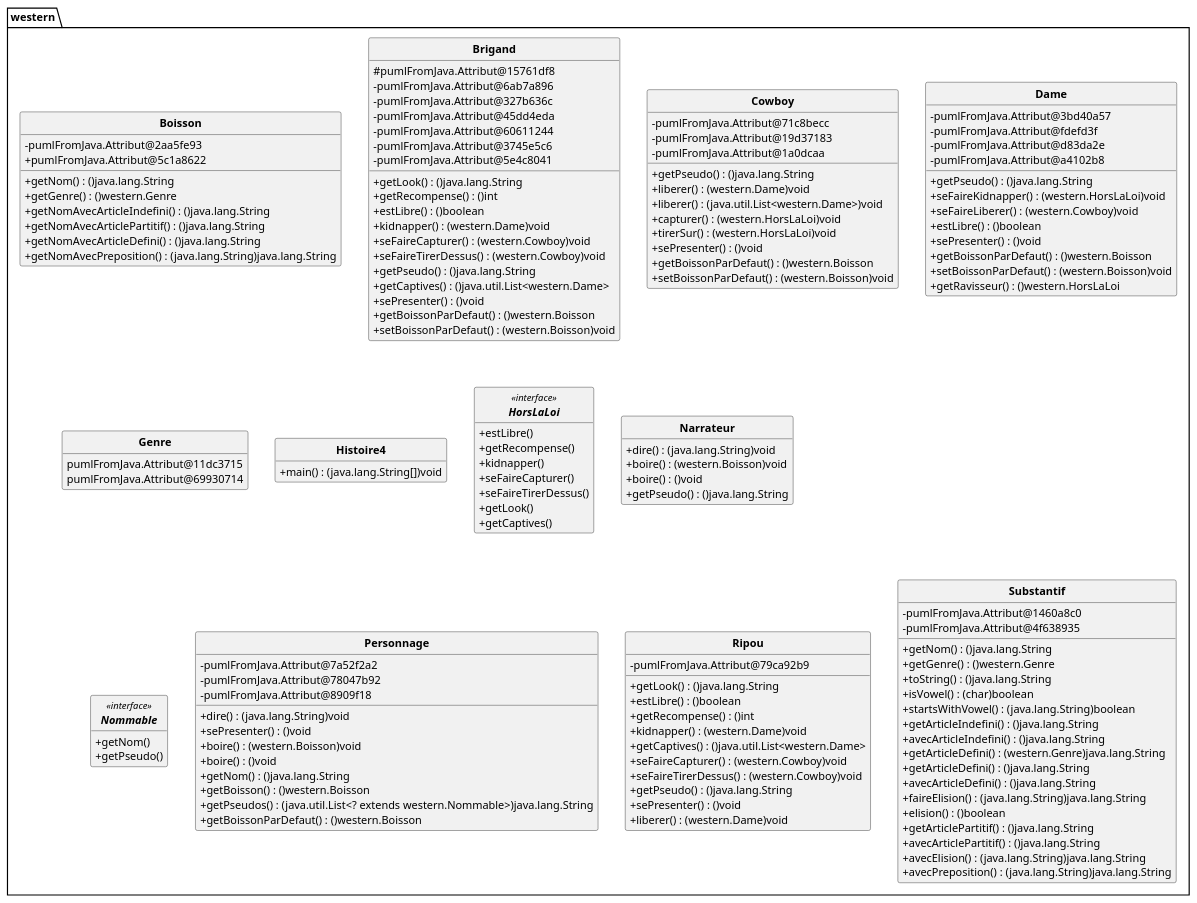
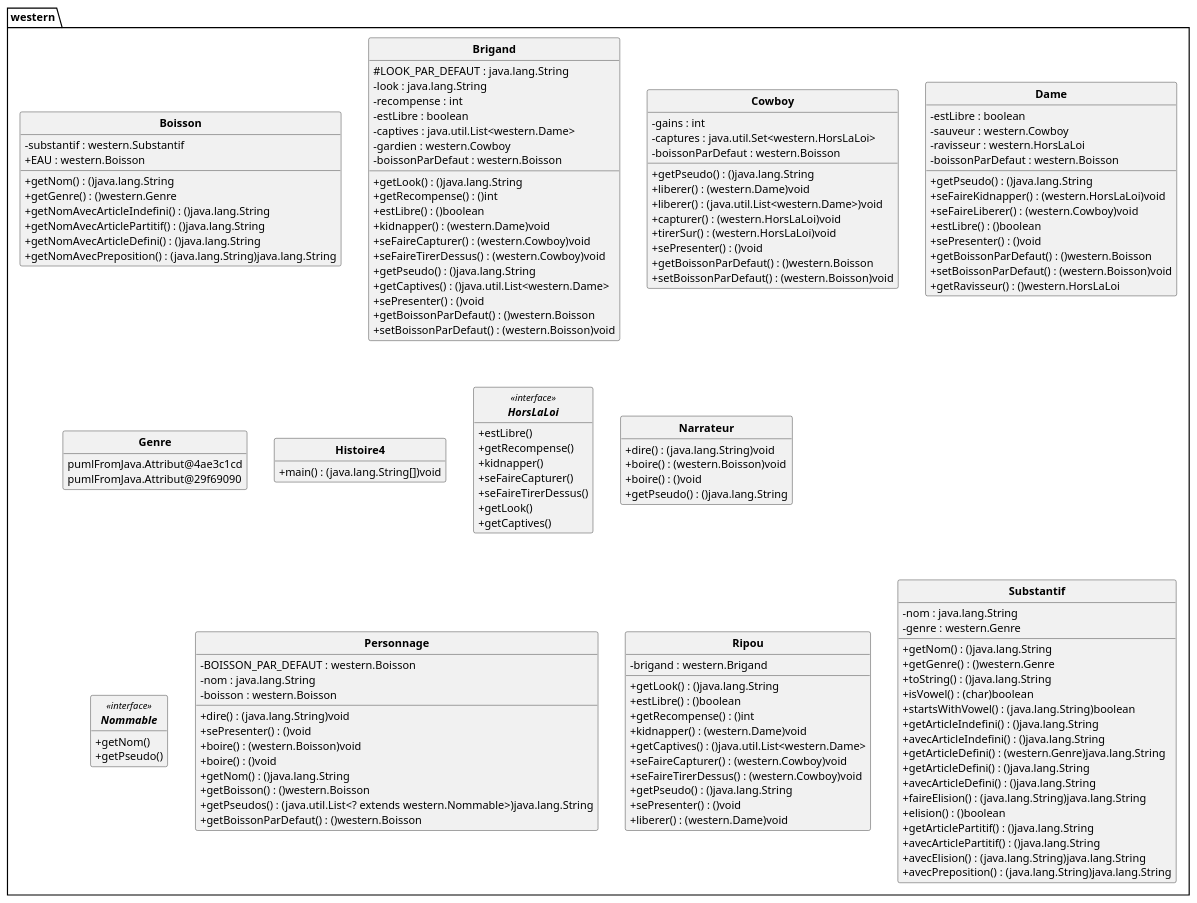
Before and after one commit to DimToups/Java-to-PUML-converter: the diagram in out/production/p21_projet/pumlFromJava/westernClass.puml, drawn with PlantUML. The commit also changed 3 other files, not shown here.

```diff
--- a/out/production/p21_projet/pumlFromJava/westernClass.puml
+++ b/out/production/p21_projet/pumlFromJava/westernClass.puml
@@ -1,153 +1,153 @@
 @startuml
 'https://plantuml.com/class-diagram
 skinparam style strictuml
 skinparam classAttributeIconSize 0
 skinparam classFontStyle Bold
 
 hide empty members
 
 package western{
 class Boisson{
-- pumlFromJava.Attribut@2aa5fe93
-+ pumlFromJava.Attribut@5c1a8622
+- substantif : western.Substantif
++ EAU : western.Boisson
 + getNom() : ()java.lang.String
 + getGenre() : ()western.Genre
 + getNomAvecArticleIndefini() : ()java.lang.String
 + getNomAvecArticlePartitif() : ()java.lang.String
 + getNomAvecArticleDefini() : ()java.lang.String
 + getNomAvecPreposition() : (java.lang.String)java.lang.String
 }
 
 class Brigand{
-# pumlFromJava.Attribut@15761df8
-- pumlFromJava.Attribut@6ab7a896
-- pumlFromJava.Attribut@327b636c
-- pumlFromJava.Attribut@45dd4eda
-- pumlFromJava.Attribut@60611244
-- pumlFromJava.Attribut@3745e5c6
-- pumlFromJava.Attribut@5e4c8041
+# LOOK_PAR_DEFAUT : java.lang.String
+- look : java.lang.String
+- recompense : int
+- estLibre : boolean
+- captives : java.util.List<western.Dame>
+- gardien : western.Cowboy
+- boissonParDefaut : western.Boisson
 + getLook() : ()java.lang.String
 + getRecompense() : ()int
 + estLibre() : ()boolean
 + kidnapper() : (western.Dame)void
 + seFaireCapturer() : (western.Cowboy)void
 + seFaireTirerDessus() : (western.Cowboy)void
 + getPseudo() : ()java.lang.String
 + getCaptives() : ()java.util.List<western.Dame>
 + sePresenter() : ()void
 + getBoissonParDefaut() : ()western.Boisson
 + setBoissonParDefaut() : (western.Boisson)void
 }
 
 class Cowboy{
-- pumlFromJava.Attribut@71c8becc
-- pumlFromJava.Attribut@19d37183
-- pumlFromJava.Attribut@1a0dcaa
+- gains : int
+- captures : java.util.Set<western.HorsLaLoi>
+- boissonParDefaut : western.Boisson
 + getPseudo() : ()java.lang.String
 + liberer() : (western.Dame)void
 + liberer() : (java.util.List<western.Dame>)void
 + capturer() : (western.HorsLaLoi)void
 + tirerSur() : (western.HorsLaLoi)void
 + sePresenter() : ()void
 + getBoissonParDefaut() : ()western.Boisson
 + setBoissonParDefaut() : (western.Boisson)void
 }
 
 class Dame{
-- pumlFromJava.Attribut@3bd40a57
-- pumlFromJava.Attribut@fdefd3f
-- pumlFromJava.Attribut@d83da2e
-- pumlFromJava.Attribut@a4102b8
+- estLibre : boolean
+- sauveur : western.Cowboy
+- ravisseur : western.HorsLaLoi
+- boissonParDefaut : western.Boisson
 + getPseudo() : ()java.lang.String
 + seFaireKidnapper() : (western.HorsLaLoi)void
 + seFaireLiberer() : (western.Cowboy)void
 + estLibre() : ()boolean
 + sePresenter() : ()void
 + getBoissonParDefaut() : ()western.Boisson
 + setBoissonParDefaut() : (western.Boisson)void
 + getRavisseur() : ()western.HorsLaLoi
 }
 
 class Genre{
-pumlFromJava.Attribut@11dc3715
-pumlFromJava.Attribut@69930714
+pumlFromJava.Attribut@4ae3c1cd
+pumlFromJava.Attribut@29f69090
 }
 
 class Histoire4{
 + main() : (java.lang.String[])void
 }
 
 interface HorsLaLoi<<interface>>{
 + estLibre()
 + getRecompense()
 + kidnapper()
 + seFaireCapturer()
 + seFaireTirerDessus()
 + getLook()
 + getCaptives()
 }
 
 class Narrateur{
 + dire() : (java.lang.String)void
 + boire() : (western.Boisson)void
 + boire() : ()void
 + getPseudo() : ()java.lang.String
 }
 
 interface Nommable<<interface>>{
 + getNom()
 + getPseudo()
 }
 
 class Personnage{
-- pumlFromJava.Attribut@7a52f2a2
-- pumlFromJava.Attribut@78047b92
-- pumlFromJava.Attribut@8909f18
+- BOISSON_PAR_DEFAUT : western.Boisson
+- nom : java.lang.String
+- boisson : western.Boisson
 + dire() : (java.lang.String)void
 + sePresenter() : ()void
 + boire() : (western.Boisson)void
 + boire() : ()void
 + getNom() : ()java.lang.String
 + getBoisson() : ()western.Boisson
 + getPseudos() : (java.util.List<? extends western.Nommable>)java.lang.String
 + getBoissonParDefaut() : ()western.Boisson
 }
 
 class Ripou{
-- pumlFromJava.Attribut@79ca92b9
+- brigand : western.Brigand
 + getLook() : ()java.lang.String
 + estLibre() : ()boolean
 + getRecompense() : ()int
 + kidnapper() : (western.Dame)void
 + getCaptives() : ()java.util.List<western.Dame>
 + seFaireCapturer() : (western.Cowboy)void
 + seFaireTirerDessus() : (western.Cowboy)void
 + getPseudo() : ()java.lang.String
 + sePresenter() : ()void
 + liberer() : (western.Dame)void
 }
 
 class Substantif{
-- pumlFromJava.Attribut@1460a8c0
-- pumlFromJava.Attribut@4f638935
+- nom : java.lang.String
+- genre : western.Genre
 + getNom() : ()java.lang.String
 + getGenre() : ()western.Genre
 + toString() : ()java.lang.String
 + isVowel() : (char)boolean
 + startsWithVowel() : (java.lang.String)boolean
 + getArticleIndefini() : ()java.lang.String
 + avecArticleIndefini() : ()java.lang.String
 + getArticleDefini() : (western.Genre)java.lang.String
 + getArticleDefini() : ()java.lang.String
 + avecArticleDefini() : ()java.lang.String
 + faireElision() : (java.lang.String)java.lang.String
 + elision() : ()boolean
 + getArticlePartitif() : ()java.lang.String
 + avecArticlePartitif() : ()java.lang.String
 + avecElision() : (java.lang.String)java.lang.String
 + avecPreposition() : (java.lang.String)java.lang.String
 }
 
 
 }
 @enduml
```
